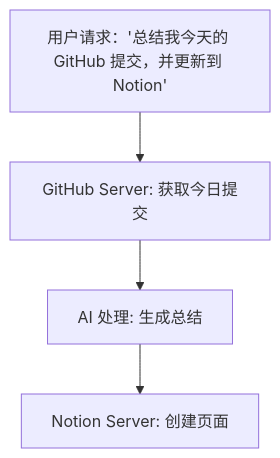
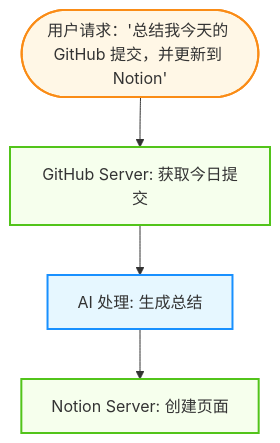
Before and after one commit to yeasy/agentic_ai_guide: the fifth of 5 diagrams in 04_tools/4.3_mcp.md, drawn with Mermaid. The commit also changed other lines of this file and 36 other files, not shown here.

````diff
--- a/04_tools/4.3_mcp.md
+++ b/04_tools/4.3_mcp.md
@@ -334,7 +366,16 @@
 ```mermaid
 graph TD
-    Req["用户请求：'总结我今天的 GitHub 提交，并更新到 Notion'"]
+    %% Agentic Design System
+    classDef user fill:#fff7e6,stroke:#fa8c16,stroke-width:2px;
+    classDef agent fill:#e6f7ff,stroke:#1890ff,stroke-width:2px;
+    classDef tool fill:#f6ffed,stroke:#52c41a,stroke-width:2px;
+
+    Req(["用户请求：'总结我今天的 GitHub 提交，并更新到 Notion'"])
     Req --> GH[GitHub Server: 获取今日提交]
     GH --> AI[AI 处理: 生成总结]
     AI --> Notion[Notion Server: 创建页面]
+    
+    class Req user;
+    class AI agent;
+    class GH,Notion tool;
 ```
````
